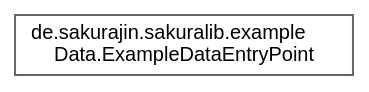
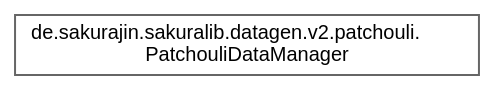
One commit to noah1510/sakura-lib changed the diagram in inherit_graph_22.dot. Above: the diagram before and after it, drawn with Graphviz. The commit also changed 97 other files, not shown here.

```diff
--- a/inherit_graph_22.dot
+++ b/inherit_graph_22.dot
@@ -1,9 +1,9 @@
 digraph "Graphical Class Hierarchy"
 {
  // LATEX_PDF_SIZE
   bgcolor="transparent";
   edge [fontname=Helvetica,fontsize=10,labelfontname=Helvetica,labelfontsize=10];
   node [fontname=Helvetica,fontsize=10,shape=box,height=0.2,width=0.4];
   rankdir="LR";
-  Node0 [label="de.sakurajin.sakuralib.example\lData.ExampleDataEntryPoint",height=0.2,width=0.4,color="grey40", fillcolor="white", style="filled",URL="$classde_1_1sakurajin_1_1sakuralib_1_1exampleData_1_1ExampleDataEntryPoint.html",tooltip="The entry point for the example data."];
+  Node0 [label="de.sakurajin.sakuralib.datagen.v2.patchouli.\lPatchouliDataManager",height=0.2,width=0.4,color="grey40", fillcolor="white", style="filled",URL="$classde_1_1sakurajin_1_1sakuralib_1_1datagen_1_1v2_1_1patchouli_1_1PatchouliDataManager.html",tooltip="This is the main class to add dynamic patchouli data."];
 }
```
